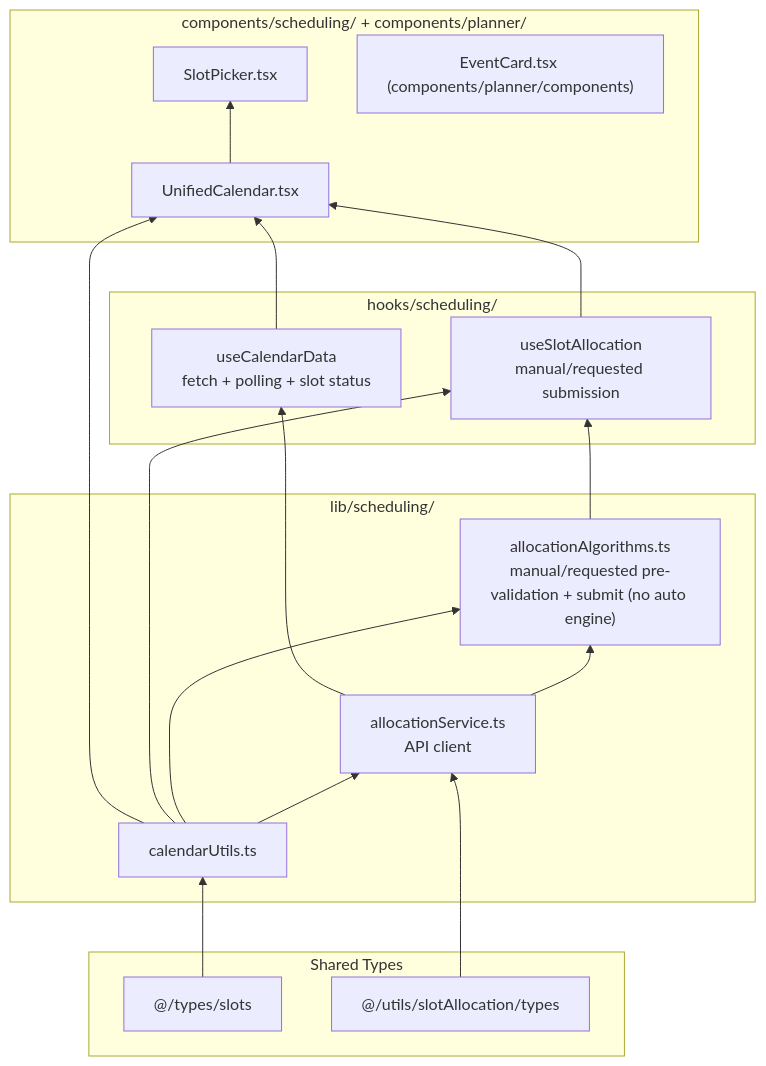
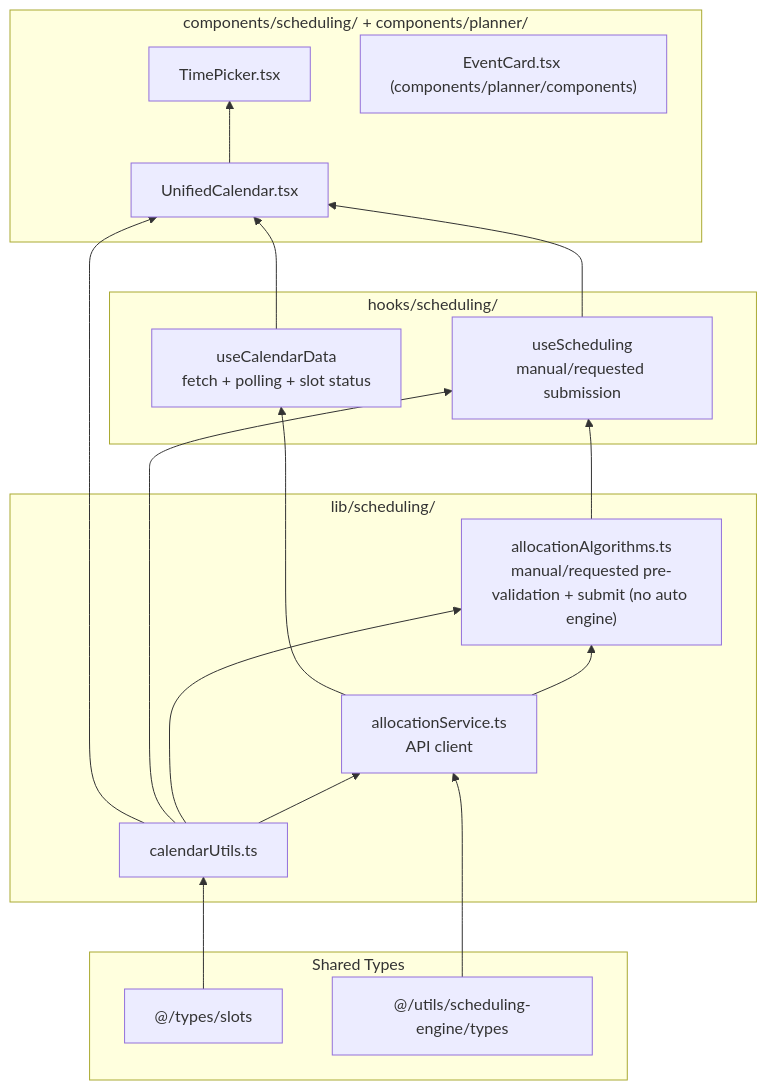
Before and after one commit to Practitionist/familiarise_web: the third of 6 diagrams in docs/booking/06-dependency-graphs.md, drawn with Mermaid. The commit also changed other lines of this file and 107 other files, not shown here.

````diff
--- a/docs/booking/06-dependency-graphs.md
+++ b/docs/booking/06-dependency-graphs.md
@@ -113,37 +113,37 @@
 ```mermaid
 flowchart BT
   subgraph shared_types ["Shared Types"]
     ST["@/types/slots"]
-    BT2["@/utils/slotAllocation/types"]
+    BT2["@/utils/scheduling-engine/types"]
   end
 
   subgraph utils ["lib/scheduling/"]
     CU["calendarUtils.ts"]
     AS["allocationService.ts\nAPI client"]
     AA["allocationAlgorithms.ts\nmanual/requested pre-validation + submit (no auto engine)"]
   end
 
   subgraph hooks ["hooks/scheduling/"]
-    USA["useSlotAllocation\nmanual/requested submission"]
+    USA["useScheduling\nmanual/requested submission"]
     UCD["useCalendarData\nfetch + polling + slot status"]
   end
 
   subgraph components ["components/scheduling/ + components/planner/"]
     UC["UnifiedCalendar.tsx"]
-    SP["SlotPicker.tsx"]
+    SP["TimePicker.tsx"]
     EC["EventCard.tsx (components/planner/components)"]
   end
 
   ST --> CU
   BT2 --> AS
   CU --> AS
   CU --> AA
   AS --> AA
   CU --> USA
   AA --> USA
   AS --> UCD
   UCD --> UC
   USA --> UC
   CU --> UC
   UC --> SP
 ```
````
